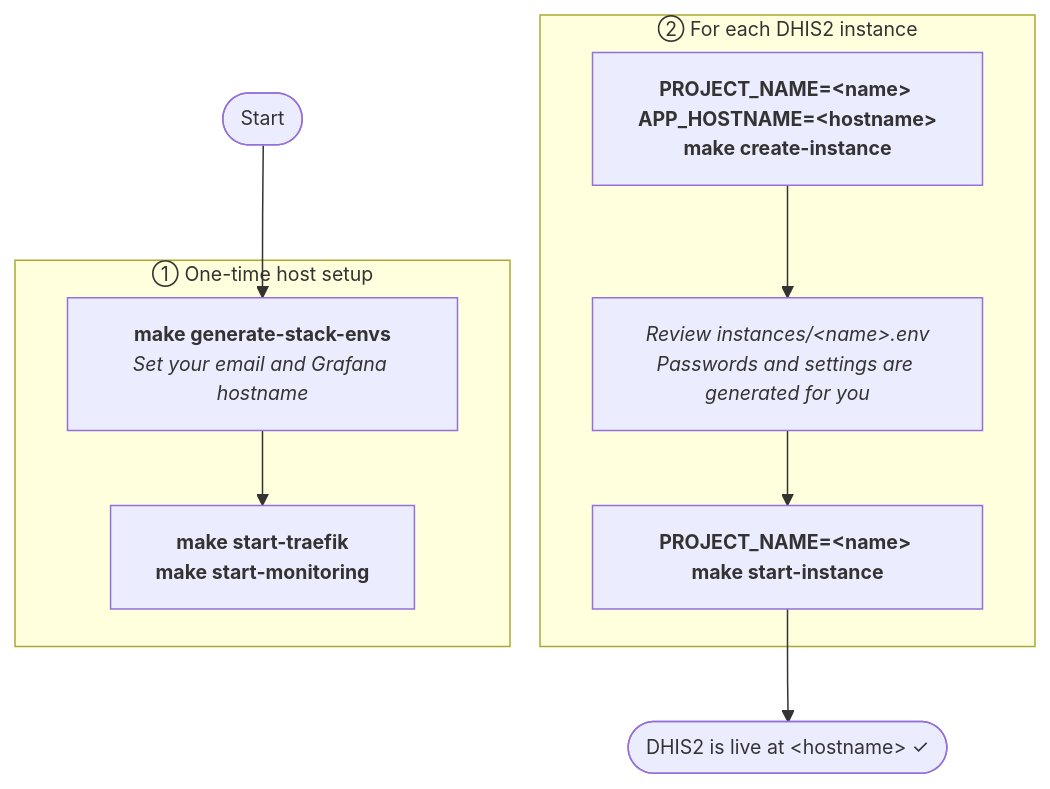
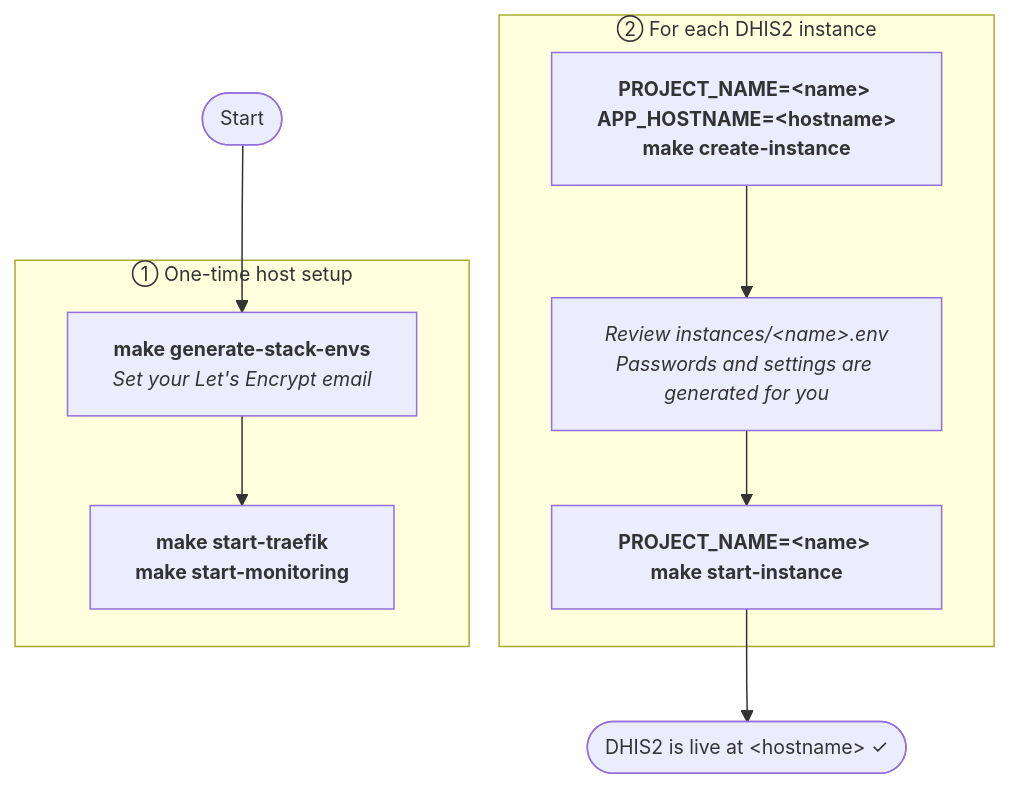
The second of 3 diagrams in README.md (dhis2/docker-deployment), drawn with Mermaid before and after one commit. The commit also changed other lines of this file and 1 other file, not shown here.

````diff
--- a/README.md
+++ b/README.md
@@ -115,22 +115,22 @@
 ```mermaid
 %%{init: {"themeVariables": {"fontSize": "13px"}}}%%
 flowchart TD
 
     subgraph per["② For each DHIS2 instance"]
         D["<b>PROJECT_NAME=&lt;name&gt; APP_HOSTNAME=&lt;hostname&gt;<br/>make create-instance</b>"]
         E["<i>Review instances/&lt;name&gt;.env<br/>Passwords and settings are generated for you</i>"]
         F["<b>PROJECT_NAME=&lt;name&gt; make start-instance</b>"]
         D --> E --> F
     end
 
     F --> G(["DHIS2 is live at &lt;hostname&gt; ✓"])
 
     A(["Start"]) --> B
 
     subgraph once["① One-time host setup"]
-        B["<b>make generate-stack-envs</b><br/><i>Set your email and Grafana hostname</i>"]
+        B["<b>make generate-stack-envs</b><br/><i>Set your Let's Encrypt email</i>"]
         C["<b>make start-traefik</b><br/><b>make start-monitoring</b>"]
         B --> C
     end
 
 ```
````
